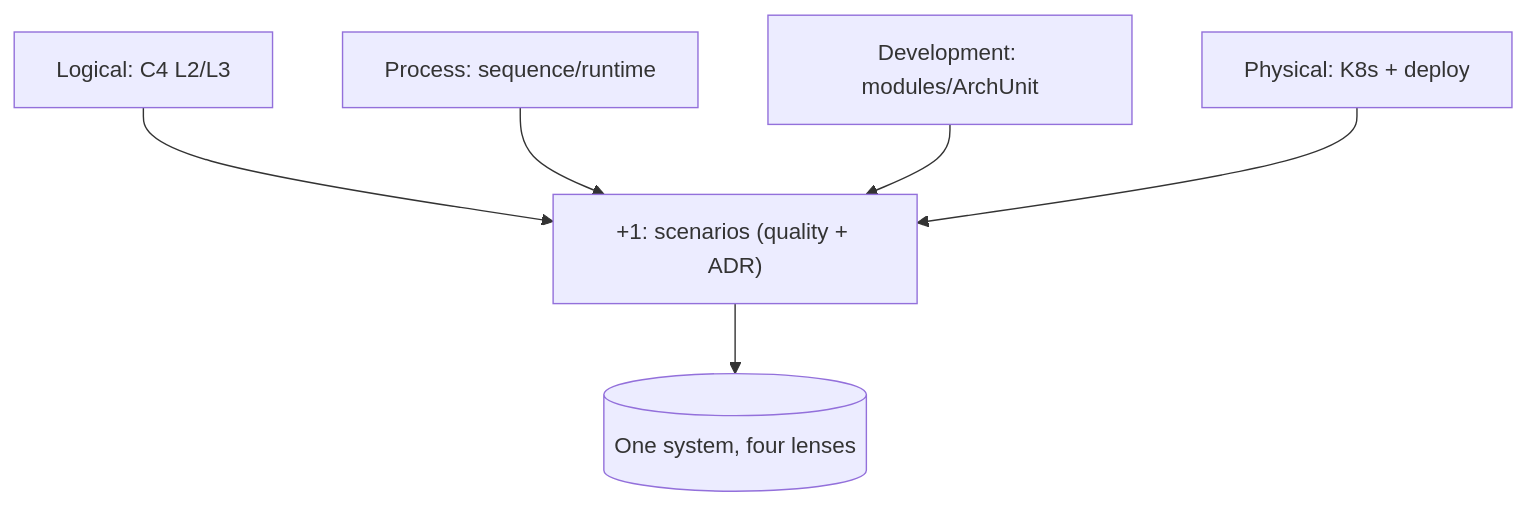
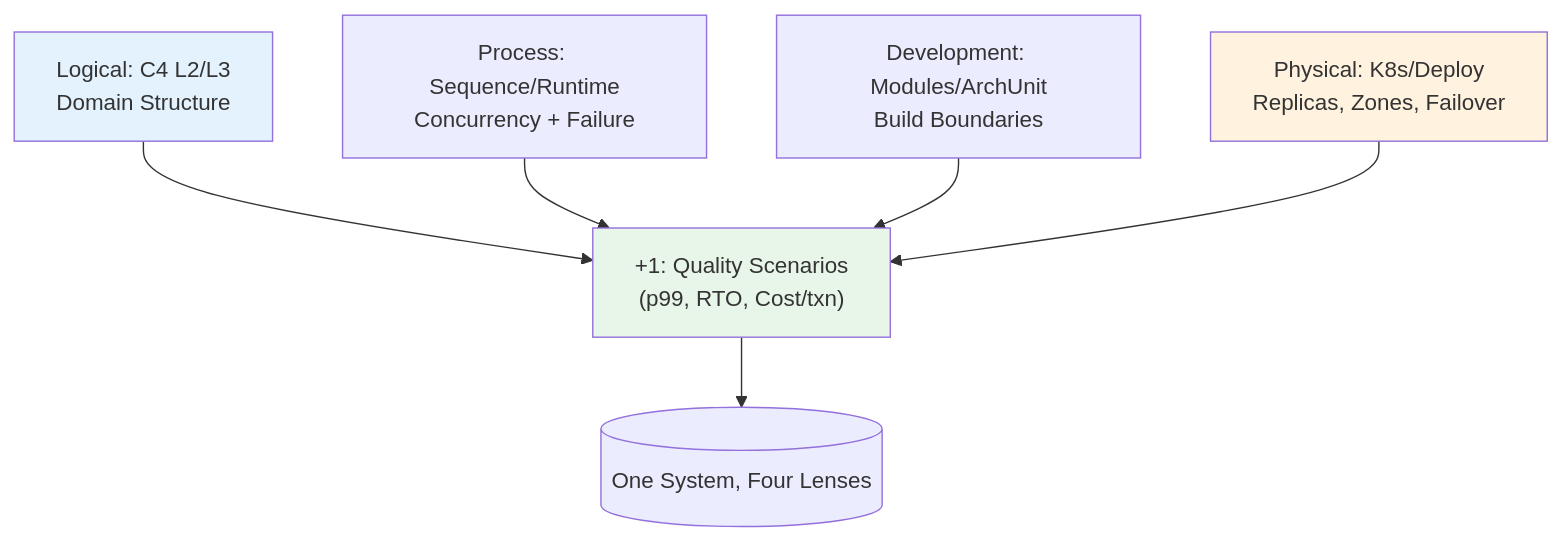
Before and after one commit to kotiansukesh/Engineering-Knowledge-System: the diagram in Architect/01_Architecture-Foundations/Views-and-Viewpoints-4-plus-1.md, drawn with Mermaid. The commit also changed other lines of this file and 546 other files, not shown here.

````diff
--- a/Architect/01_Architecture-Foundations/Views-and-Viewpoints-4-plus-1.md
+++ b/Architect/01_Architecture-Foundations/Views-and-Viewpoints-4-plus-1.md
@@ -14,8 +25,11 @@
 ```mermaid
 graph TD
- L[Logical: C4 L2/L3] --> S["+1: scenarios (quality + ADR)"]
- P[Process: sequence/runtime] --> S
- D[Development: modules/ArchUnit] --> S
- PH[Physical: K8s + deploy] --> S
- S --> SYS[(One system, four lenses)]
+    L[Logical: C4 L2/L3<br/>Domain Structure] --> S["+1: Quality Scenarios<br/>(p99, RTO, Cost/txn)"]
+    P[Process: Sequence/Runtime<br/>Concurrency + Failure] --> S
+    D[Development: Modules/ArchUnit<br/>Build Boundaries] --> S
+    PH[Physical: K8s/Deploy<br/>Replicas, Zones, Failover] --> S
+    S --> SYS[(One System, Four Lenses)]
+    style S fill:#e8f5e9
+    style L fill:#e3f2fd
+    style PH fill:#fff3e0
 ```
````
